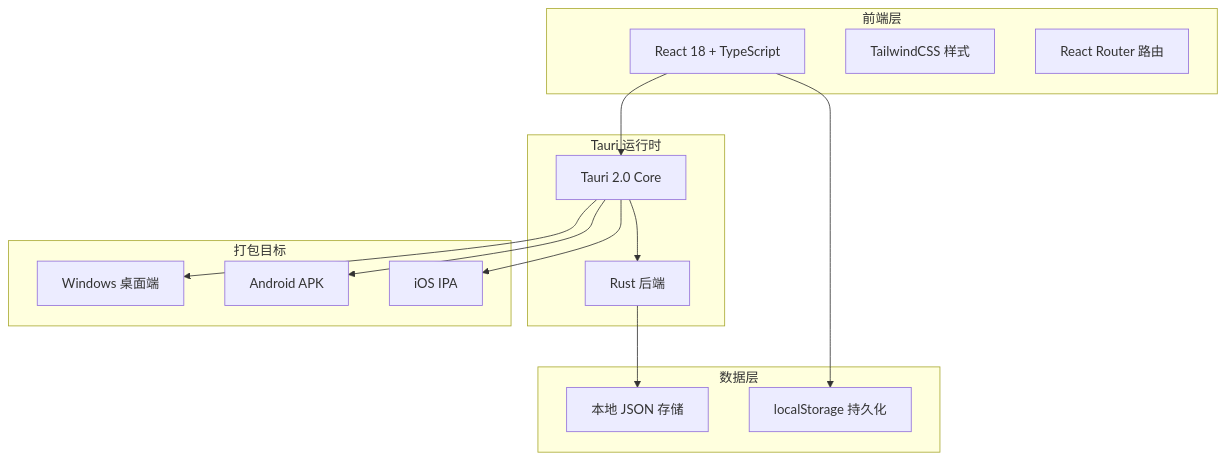
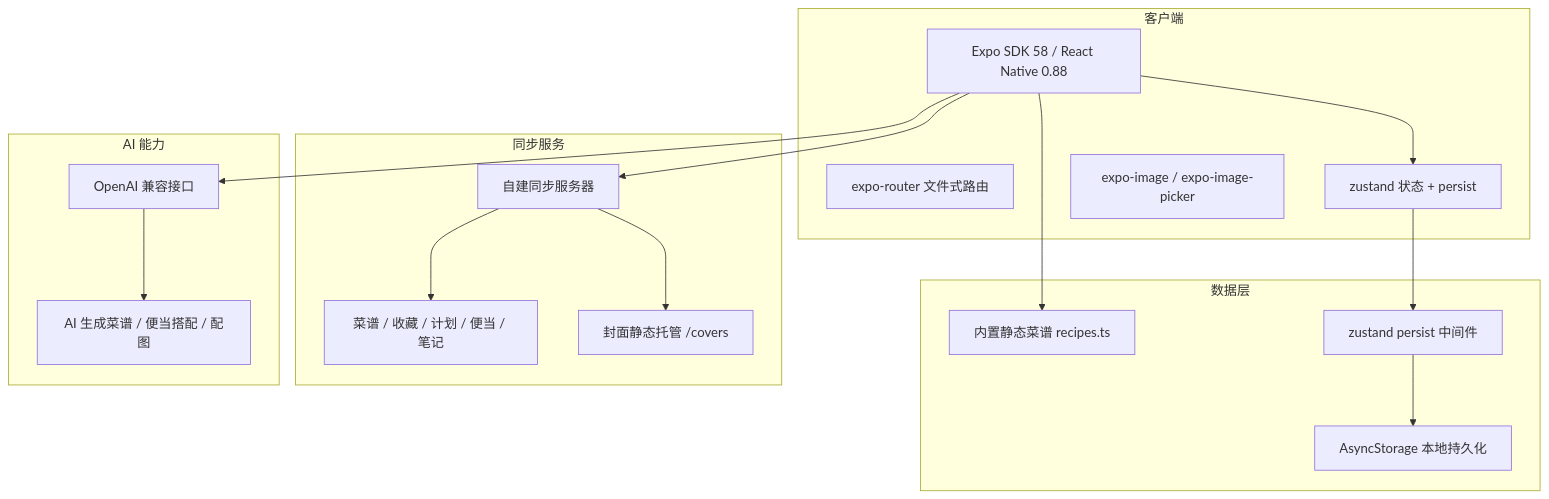
One commit to lzyszds/lzyRecipe changed the diagram in .trae/documents/TechnicalArchitecture.md. Above: the diagram before and after it, drawn with Mermaid. The commit also changed other lines of this file and 40 other files, not shown here.

````diff
--- a/.trae/documents/TechnicalArchitecture.md
+++ b/.trae/documents/TechnicalArchitecture.md
@@ -5,33 +8,36 @@
 ```mermaid
 graph TB
-    subgraph 前端层
-        A[React 18 + TypeScript]
-        B[TailwindCSS 样式]
-        C[React Router 路由]
-    end
-
-    subgraph Tauri 运行时
-        D[Tauri 2.0 Core]
-        E[Rust 后端]
+    subgraph 客户端
+        A[Expo SDK 58 / React Native 0.88]
+        B[expo-router 文件式路由]
+        C[zustand 状态 + persist]
+        D[expo-image / expo-image-picker]
     end
 
     subgraph 数据层
-        F[本地 JSON 存储]
-        G[localStorage 持久化]
+        E[内置静态菜谱 recipes.ts]
+        F[AsyncStorage 本地持久化]
+        G[zustand persist 中间件]
     end
 
-    A --> D
-    D --> E
-    E --> F
-    A --> G
-
-    subgraph 打包目标
-        H[Windows 桌面端]
-        I[Android APK]
-        J[iOS IPA]
+    subgraph 同步服务
+        H[自建同步服务器]
+        I[菜谱 / 收藏 / 计划 / 便当 / 笔记]
+        J[封面静态托管 /covers]
     end
 
-    D --> H
-    D --> I
-    D --> J
+    subgraph AI 能力
+        K[OpenAI 兼容接口]
+        L[AI 生成菜谱 / 便当搭配 / 配图]
+    end
+
+    A --> C
+    C --> G
+    G --> F
+    A --> E
+    A --> H
+    H --> I
+    H --> J
+    A --> K
+    K --> L
 ```
````
